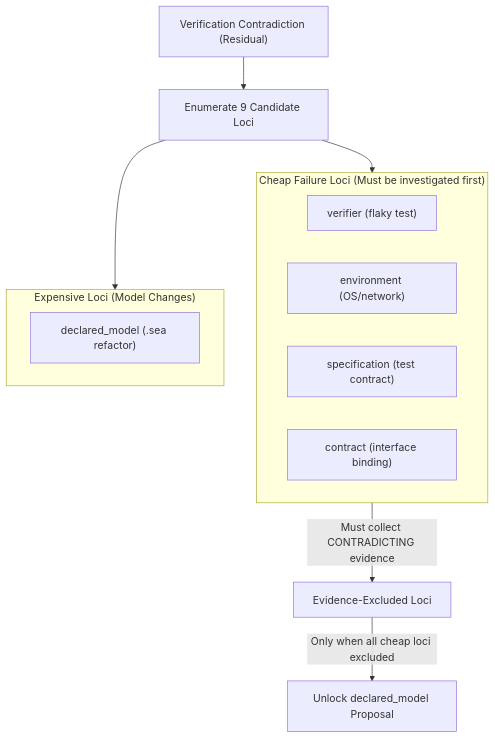
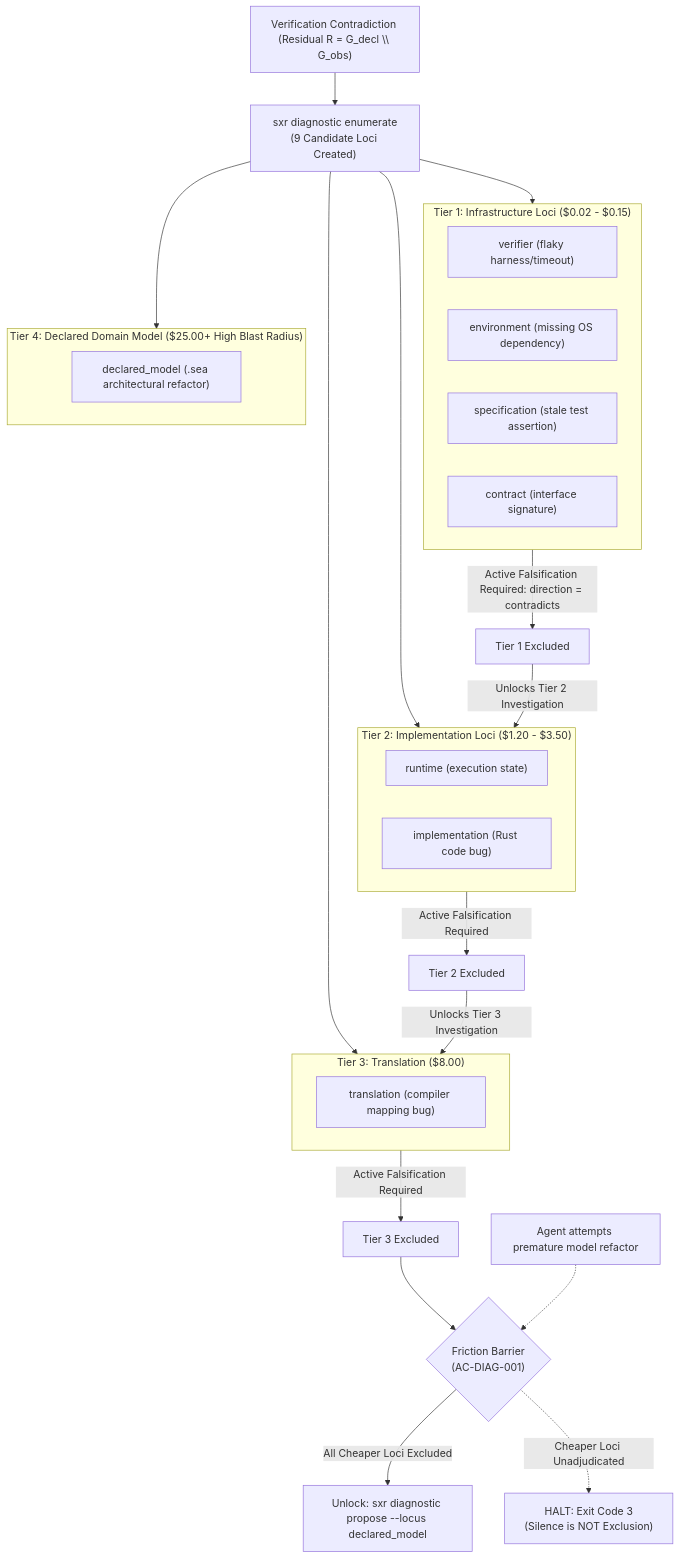
Before and after one commit to GodSpeedAI/RealityTrace: the diagram in docs/explanation/asymmetric-diagnostic-friction.md, drawn with Mermaid. The commit also changed other lines of this file and 8 other files, not shown here.

````diff
--- a/docs/explanation/asymmetric-diagnostic-friction.md
+++ b/docs/explanation/asymmetric-diagnostic-friction.md
@@ -26,21 +26,41 @@
 ```mermaid
 flowchart TD
-    Failure["Verification Contradiction (Residual)"] --> Hypotheses["Enumerate 9 Candidate Loci"]
+    Residual["Verification Contradiction (Residual R = G_decl \\ G_obs)"] --> Enum["sxr diagnostic enumerate<br/>(9 Candidate Loci Created)"]
 
-    subgraph CheapLoci["Cheap Failure Loci (Must be investigated first)"]
-        V["verifier (flaky test)"]
-        E["environment (OS/network)"]
-        S["specification (test contract)"]
-        C["contract (interface binding)"]
+    subgraph T1["Tier 1: Infrastructure Loci ($0.02 - $0.15)"]
+        V["verifier (flaky harness/timeout)"]
+        E["environment (missing OS dependency)"]
+        S["specification (stale test assertion)"]
+        C["contract (interface signature)"]
     end
 
-    subgraph ExpensiveLoci["Expensive Loci (Model Changes)"]
-        M["declared_model (.sea refactor)"]
+    subgraph T2["Tier 2: Implementation Loci ($1.20 - $3.50)"]
+        R["runtime (execution state)"]
+        I["implementation (Rust code bug)"]
     end
 
-    Hypotheses --> CheapLoci
-    Hypotheses --> ExpensiveLoci
+    subgraph T3["Tier 3: Translation ($8.00)"]
+        T["translation (compiler mapping bug)"]
+    end
 
-    CheapLoci -->|Must collect CONTRADICTING evidence| Exclusion["Evidence-Excluded Loci"]
-    Exclusion -->|Only when all cheap loci excluded| Unlock["Unlock declared_model Proposal"]
+    subgraph T4["Tier 4: Declared Domain Model ($25.00+ High Blast Radius)"]
+        M["declared_model (.sea architectural refactor)"]
+    end
+
+    Enum --> T1
+    Enum --> T2
+    Enum --> T3
+    Enum --> T4
+
+    T1 -->|Active Falsification Required: direction = contradicts| Ex1["Tier 1 Excluded"]
+    Ex1 -->|Unlocks Tier 2 Investigation| T2
+    T2 -->|Active Falsification Required| Ex2["Tier 2 Excluded"]
+    Ex2 -->|Unlocks Tier 3 Investigation| T3
+    T3 -->|Active Falsification Required| Ex3["Tier 3 Excluded"]
+
+    Ex3 --> Barrier{"Friction Barrier<br/>(AC-DIAG-001)"}
+    Barrier -->|All Cheaper Loci Excluded| Unlock["Unlock: sxr diagnostic propose --locus declared_model"]
+    
+    AgentAttempt["Agent attempts premature model refactor"] -.-> Barrier
+    Barrier -.->|Cheaper Loci Unadjudicated| Block["HALT: Exit Code 3<br/>(Silence is NOT Exclusion)"]
 ```
````
